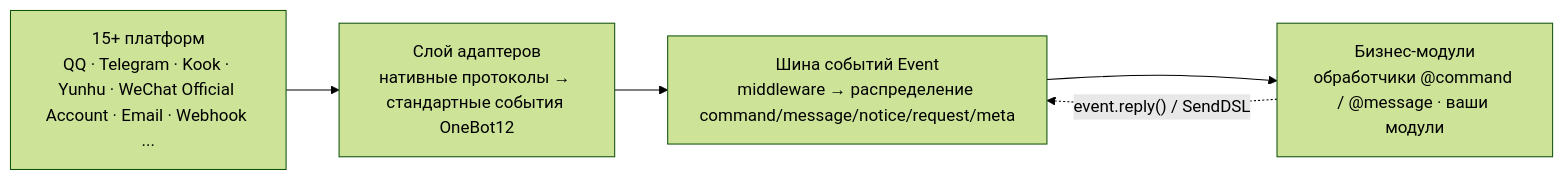
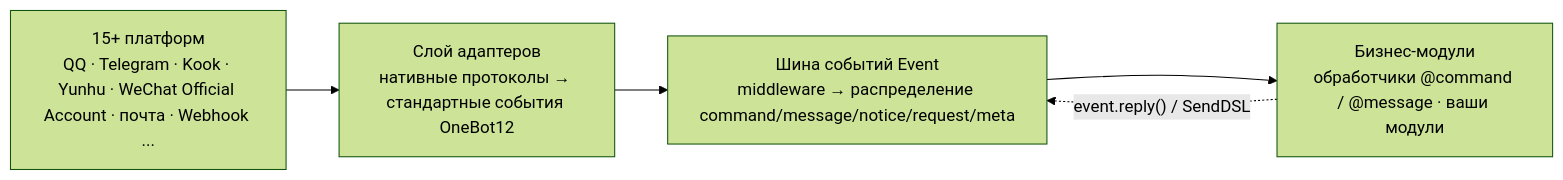
One commit to ErisPulse/ErisPulse changed the first of 2 diagrams in README.ru.md. Above: the diagram before and after it, drawn with Mermaid (forest theme). The commit also changed other lines of this file and 7 other files, not shown here.

````diff
--- a/README.ru.md
+++ b/README.ru.md
@@ -113,9 +113,9 @@
 ```mermaid
 graph LR
-    P["15+ платформ<br/>QQ · Telegram · Kook · Yunhu · WeChat Official Account · Email · Webhook ..."]
+    P["15+ платформ<br/>QQ · Telegram · Kook · Yunhu · WeChat Official Account · почта · Webhook ..."]
     A["Слой адаптеров<br/>нативные протоколы → стандартные события OneBot12"]
     Event["Шина событий Event<br/>middleware → распределение command/message/notice/request/meta"]
     M["Бизнес-модули<br/>обработчики @command / @message · ваши модули"]
     P --> A --> Event --> M
     M -.->|"event.reply() / SendDSL"| Event
 ```
````
